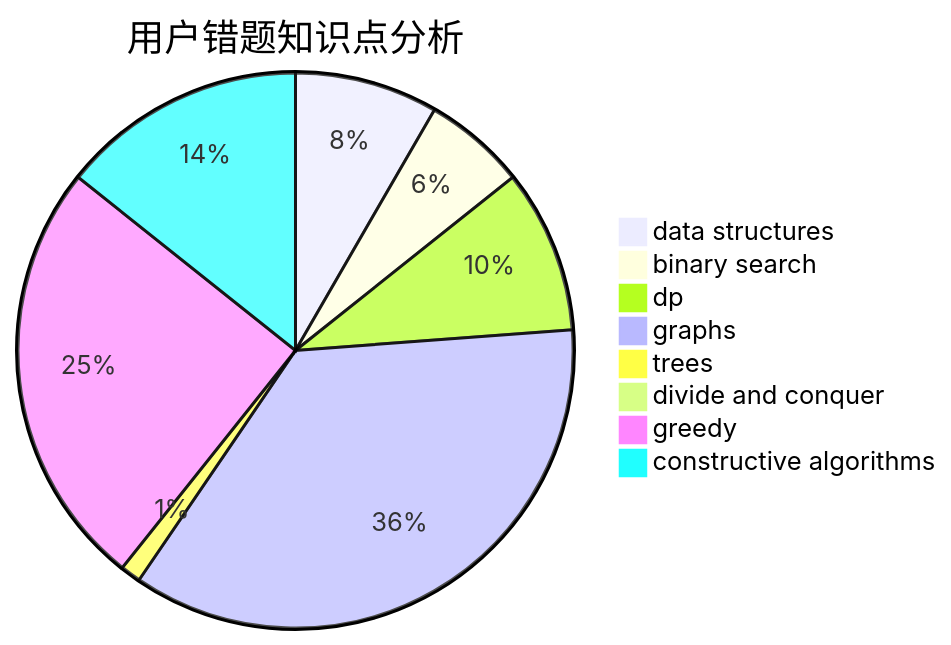
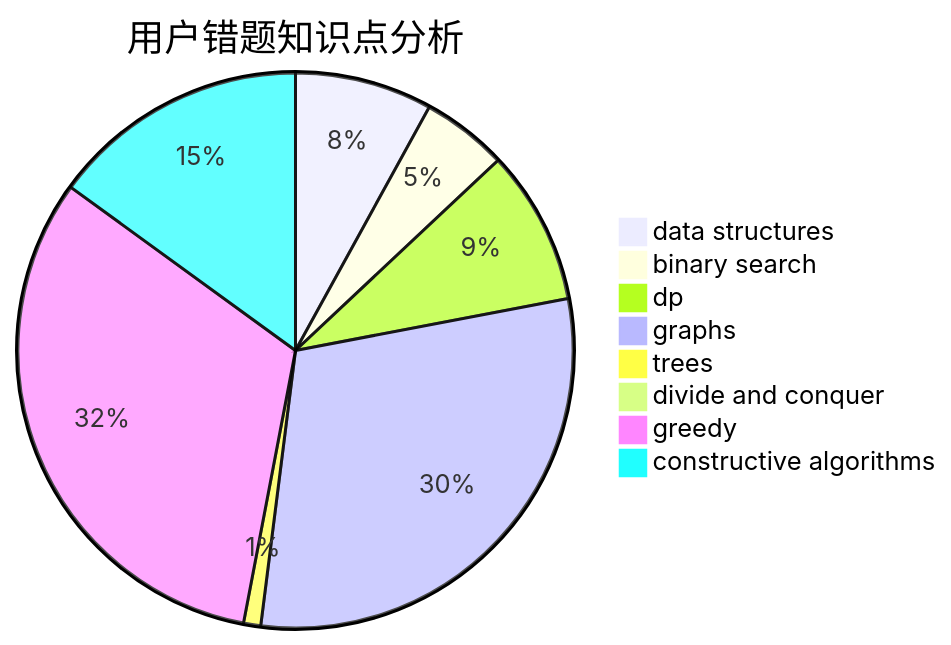
Before and after one commit to sherpahu/cfrs.github.io: the third of 3 diagrams in docs/user/u1775.md, drawn with Mermaid. The commit also changed other lines of this file and 2770 other files, not shown here.

````diff
--- a/docs/user/u1775.md
+++ b/docs/user/u1775.md
@@ -36,11 +36,11 @@
 ```mermaid
 pie title 用户错题知识点分析
-    "data structures" :  7
+    "data structures" :  8
     "binary search" :  5
-    "dp" :  8
+    "dp" :  9
     "graphs" :  30
     "trees" :  1
     "divide and conquer" :  0
-    "greedy" :  21
-    "constructive algorithms" :  12
+    "greedy" :  32
+    "constructive algorithms" :  15
 ```
````
